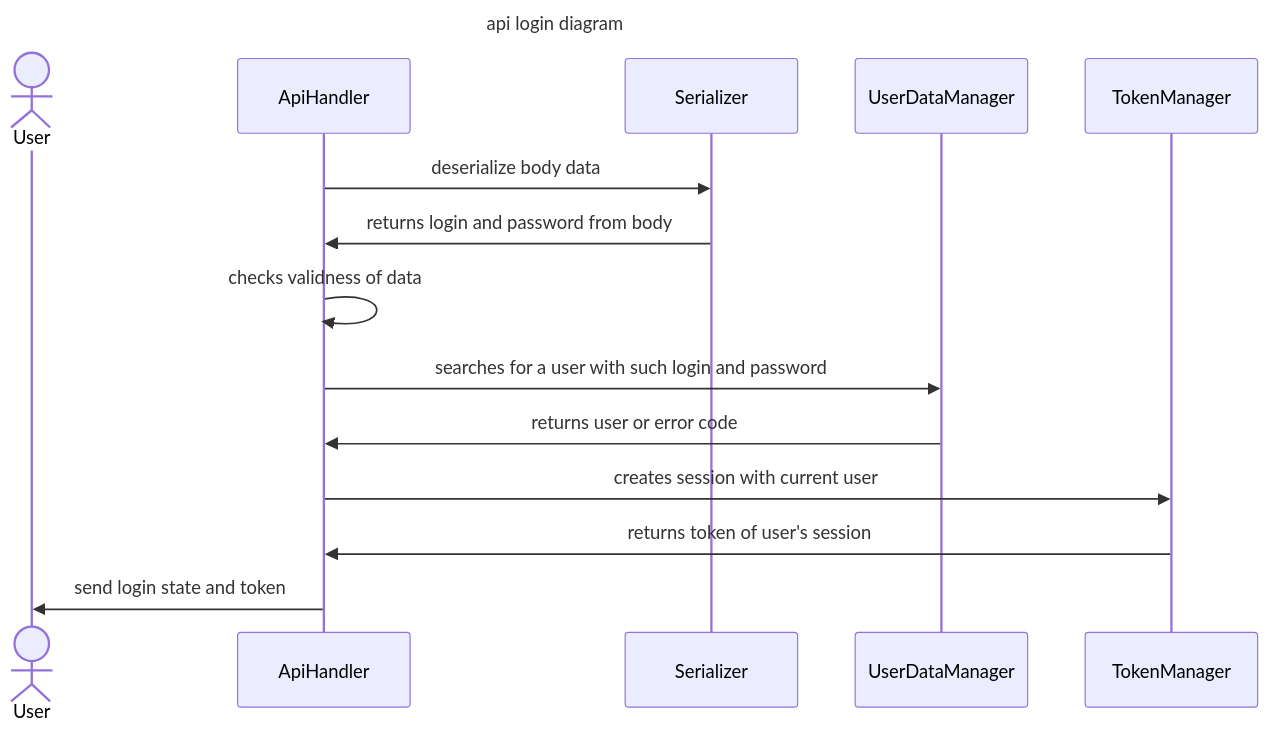
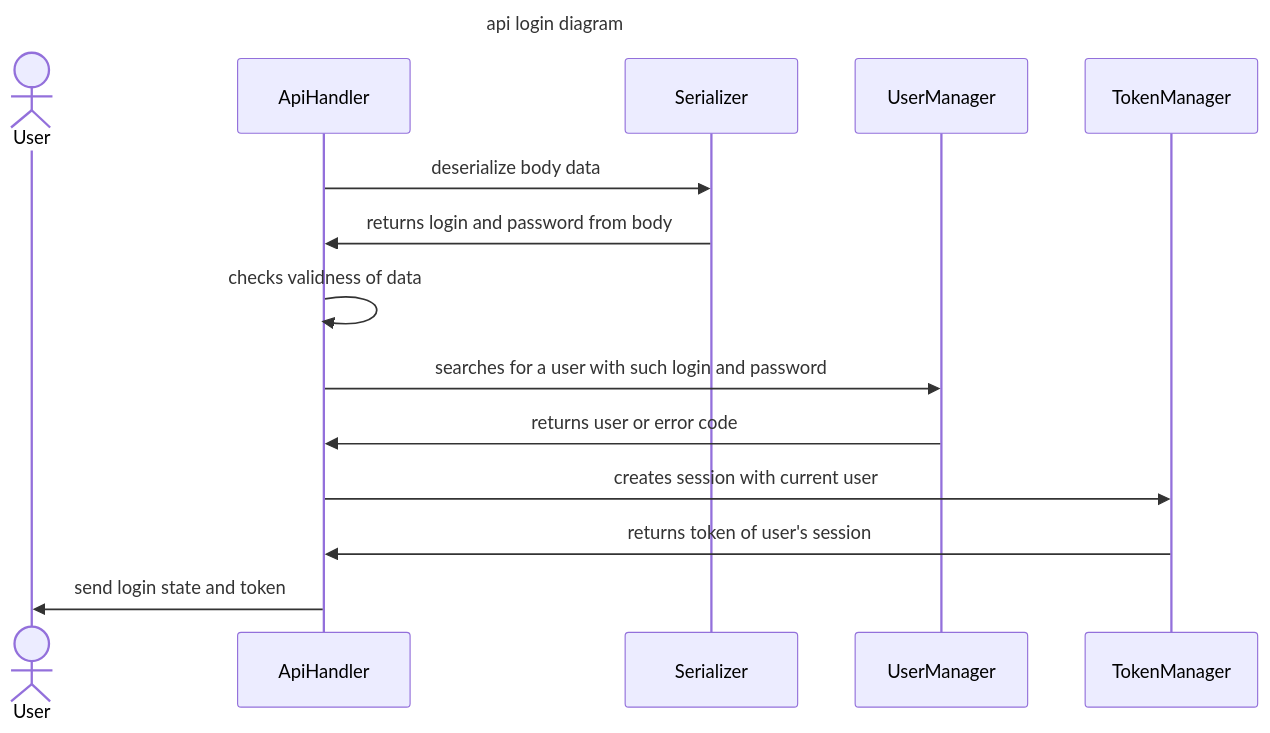
The second of 6 diagrams in docs/http_api.md (LeeDoor/game_webserver), drawn with Mermaid before and after one commit. The commit also changed other lines of this file and 59 other files, not shown here.

````diff
--- a/docs/http_api.md
+++ b/docs/http_api.md
@@ -276,33 +276,33 @@
 ```mermaid
 ---
 
 title: api login diagram
 
 ---
 
   
 
 sequenceDiagram
 actor User
 
 ApiHandler->>Serializer: deserialize body data
 
 Serializer->>ApiHandler: returns login and password from body
 
   
 
 ApiHandler->>ApiHandler: checks validness of data
 
-ApiHandler->>UserDataManager: searches for a user with such login and password
+ApiHandler->>UserManager: searches for a user with such login and password
 
-UserDataManager->>ApiHandler: returns user or error code
+UserManager->>ApiHandler: returns user or error code
 
 ApiHandler->>TokenManager: creates session with current user
 
 TokenManager->>ApiHandler: returns token of user's session
 
   
 
 
 ApiHandler->>User: send login state and token
 ```
````
